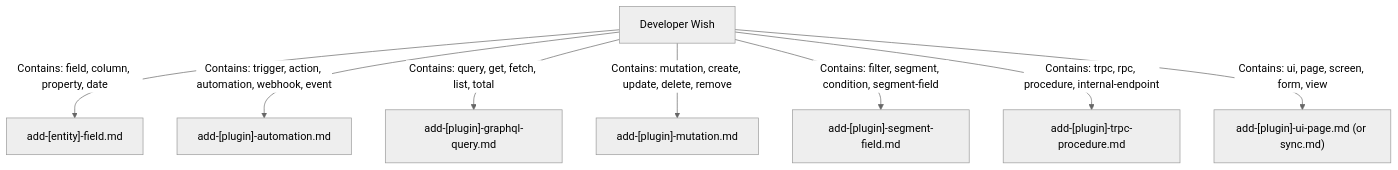
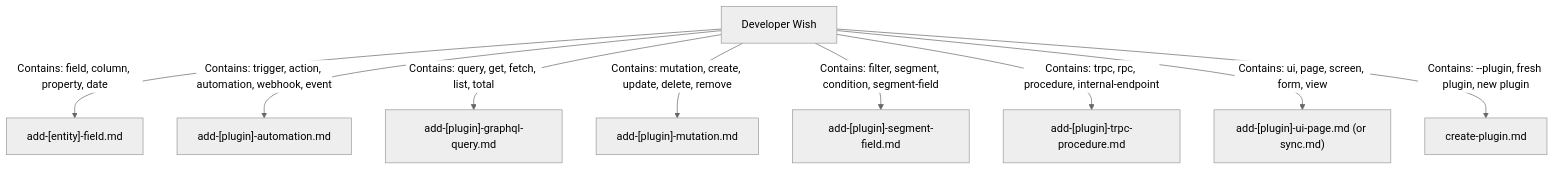
One commit to erxes/erxes changed the first of 2 diagrams in .agents/skills/start.md. Above: the diagram before and after it, drawn with Mermaid (neutral theme). The commit also changed other lines of this file and 3 other files, not shown here.

Commit message:
feat(agents): implement --plugin CLI attribute and create-plugin scaffolding skill

````diff
--- a/.agents/skills/start.md
+++ b/.agents/skills/start.md
@@ -23,10 +23,11 @@
 ```mermaid
 graph TD
     Wish["Developer Wish"] -->|Contains: field, column, property, date| Field["add-[entity]-field.md"]
     Wish -->|Contains: trigger, action, automation, webhook, event| Auto["add-[plugin]-automation.md"]
     Wish -->|Contains: query, get, fetch, list, total| Query["add-[plugin]-graphql-query.md"]
     Wish -->|Contains: mutation, create, update, delete, remove| Mut["add-[plugin]-mutation.md"]
     Wish -->|Contains: filter, segment, condition, segment-field| Seg["add-[plugin]-segment-field.md"]
     Wish -->|Contains: trpc, rpc, procedure, internal-endpoint| TRPC["add-[plugin]-trpc-procedure.md"]
     Wish -->|Contains: ui, page, screen, form, view| UI["add-[plugin]-ui-page.md (or sync.md)"]
+    Wish -->|Contains: --plugin, fresh plugin, new plugin| CreatePlugin["create-plugin.md"]
 ```
````
